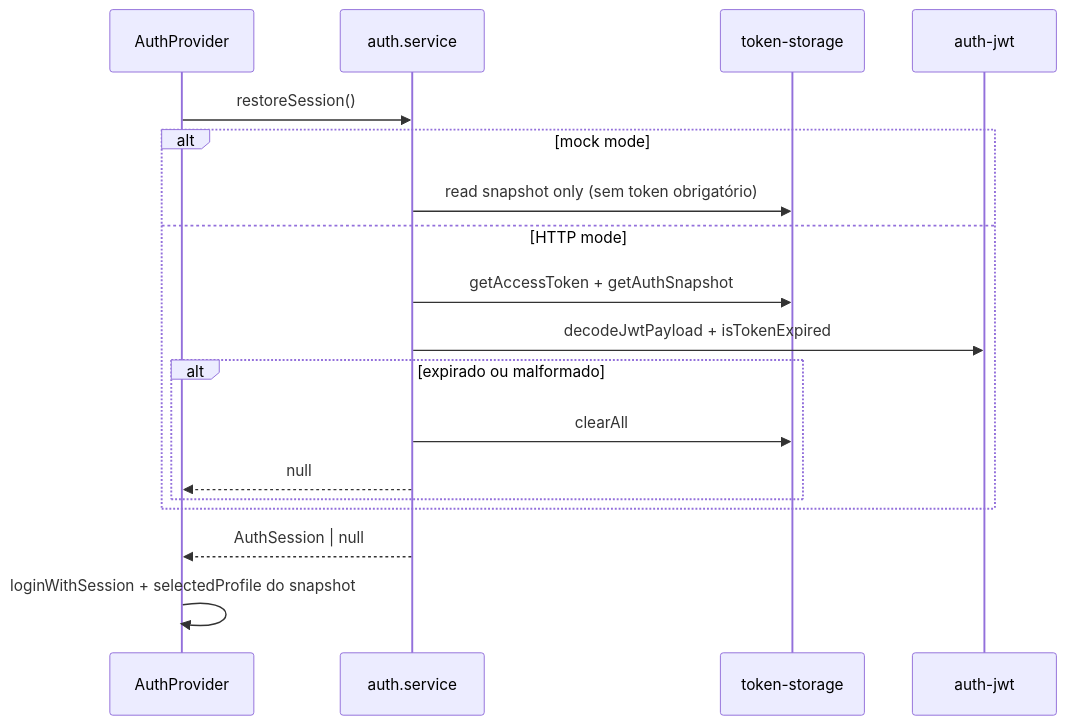
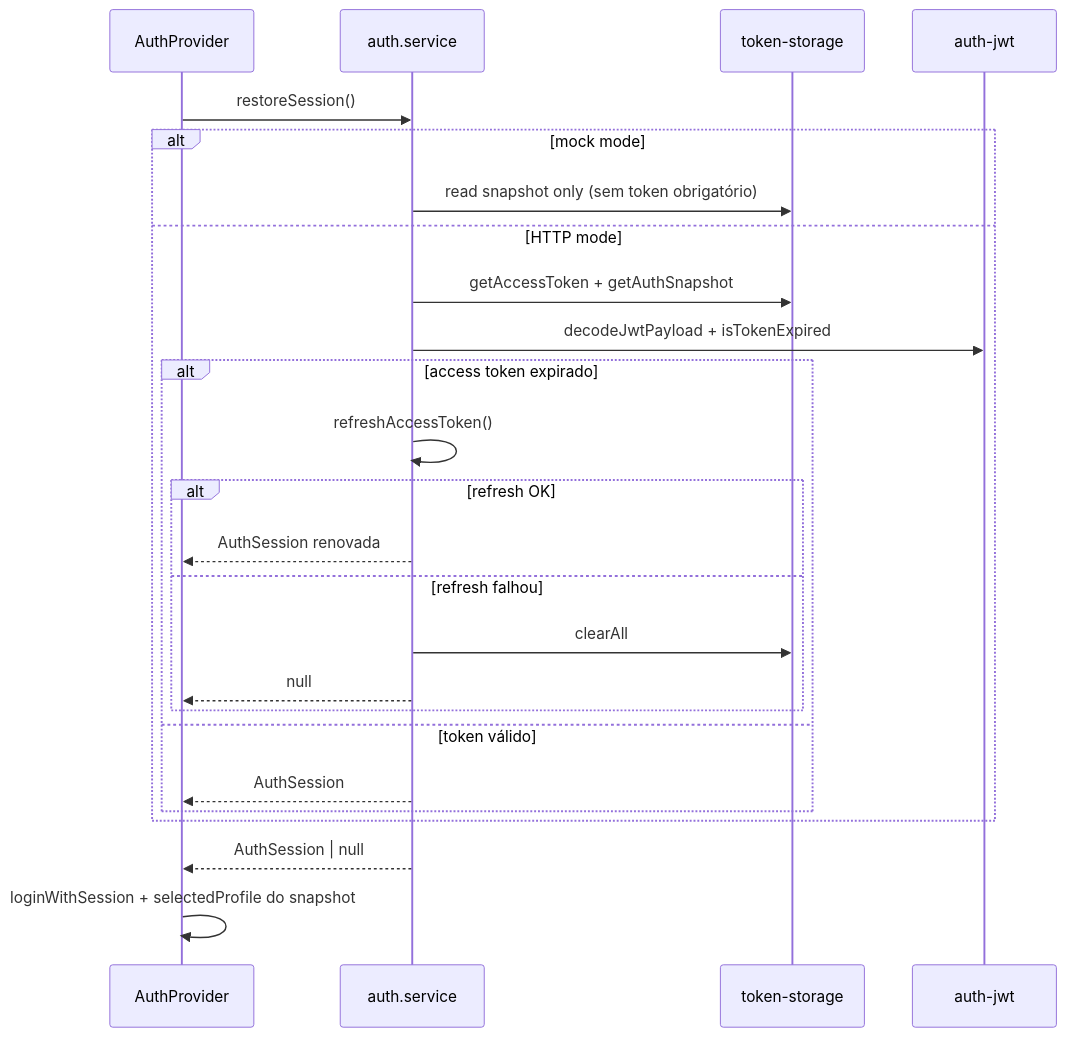
Before and after one commit to vvmafra/dupply-frontend: the fourth of 5 diagrams in .specs/features/auth-login-persistence/design.md, drawn with Mermaid. The commit also changed other lines of this file and 185 other files, not shown here.

````diff
--- a/.specs/features/auth-login-persistence/design.md
+++ b/.specs/features/auth-login-persistence/design.md
@@ -273,21 +301,28 @@
 ```mermaid
 sequenceDiagram
   participant Provider as AuthProvider
   participant Svc as auth.service
   participant Store as token-storage
   participant Dom as auth-jwt
 
   Provider->>Svc: restoreSession()
   alt mock mode
     Svc->>Store: read snapshot only (sem token obrigatório)
   else HTTP mode
     Svc->>Store: getAccessToken + getAuthSnapshot
     Svc->>Dom: decodeJwtPayload + isTokenExpired
-    alt expirado ou malformado
-      Svc->>Store: clearAll
-      Svc-->>Provider: null
+    alt access token expirado
+      Svc->>Svc: refreshAccessToken()
+      alt refresh OK
+        Svc-->>Provider: AuthSession renovada
+      else refresh falhou
+        Svc->>Store: clearAll
+        Svc-->>Provider: null
+      end
+    else token válido
+      Svc-->>Provider: AuthSession
     end
   end
   Svc-->>Provider: AuthSession | null
   Provider->>Provider: loginWithSession + selectedProfile do snapshot
 ```
````
